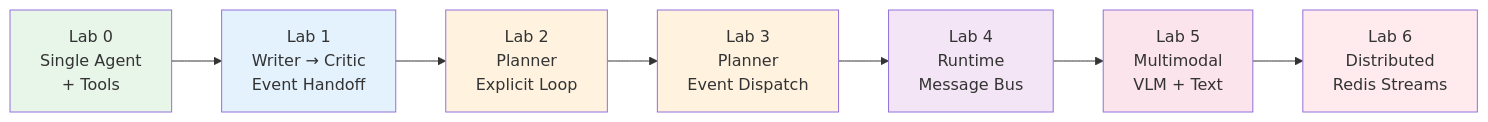
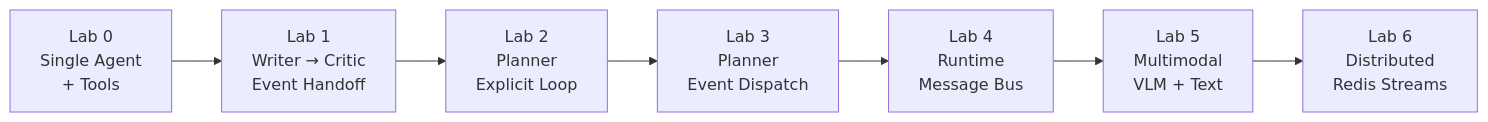
Before and after one commit to aispiritlab/aispiritlab-agentic: the first of 2 diagrams in apps/docs/content/docs/how-it-works.mdx, drawn with Mermaid. The commit also changed 3 other files, not shown here.

Commit message:
feat: change doc diagram

````diff
--- a/apps/docs/content/docs/how-it-works.mdx
+++ b/apps/docs/content/docs/how-it-works.mdx
@@ -19,17 +19,9 @@
 ```mermaid
 graph LR
     L0["Lab 0\nSingle Agent\n+ Tools"] --> L1["Lab 1\nWriter → Critic\nEvent Handoff"]
     L1 --> L2["Lab 2\nPlanner\nExplicit Loop"]
     L2 --> L3["Lab 3\nPlanner\nEvent Dispatch"]
     L3 --> L4["Lab 4\nRuntime\nMessage Bus"]
     L4 --> L5["Lab 5\nMultimodal\nVLM + Text"]
     L5 --> L6["Lab 6\nDistributed\nRedis Streams"]
-
-    style L0 fill:#e8f5e9
-    style L1 fill:#e3f2fd
-    style L2 fill:#fff3e0
-    style L3 fill:#fff3e0
-    style L4 fill:#f3e5f5
-    style L5 fill:#fce4ec
-    style L6 fill:#ffebee
 ```
````
